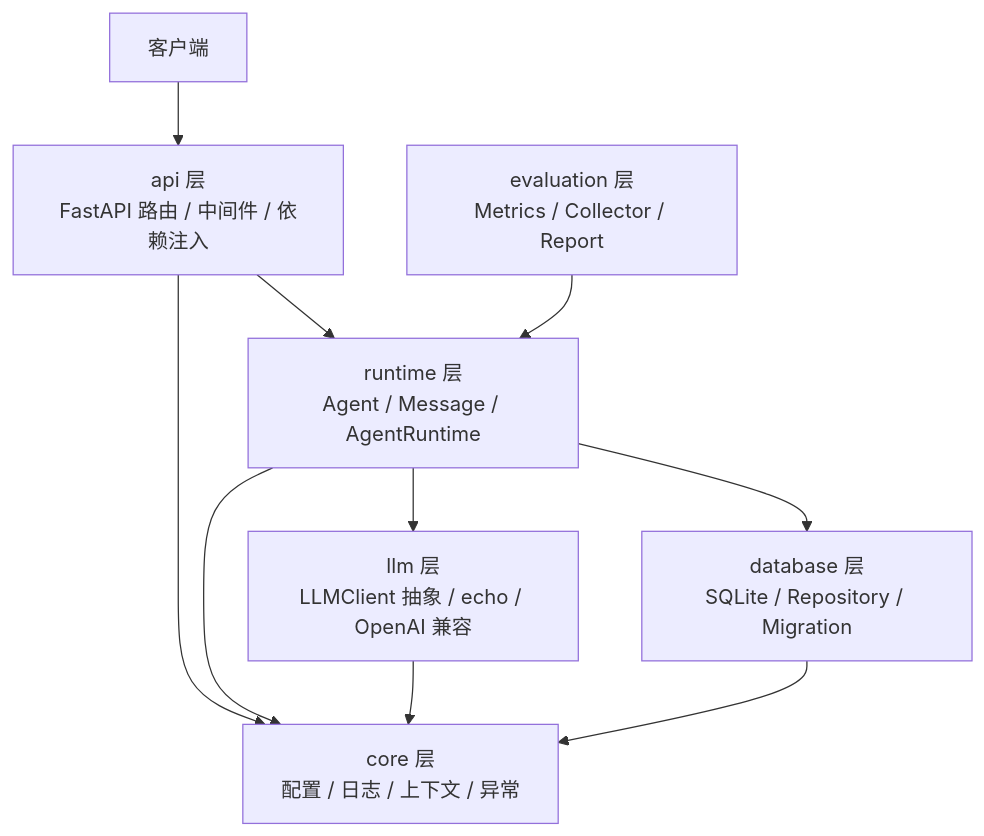
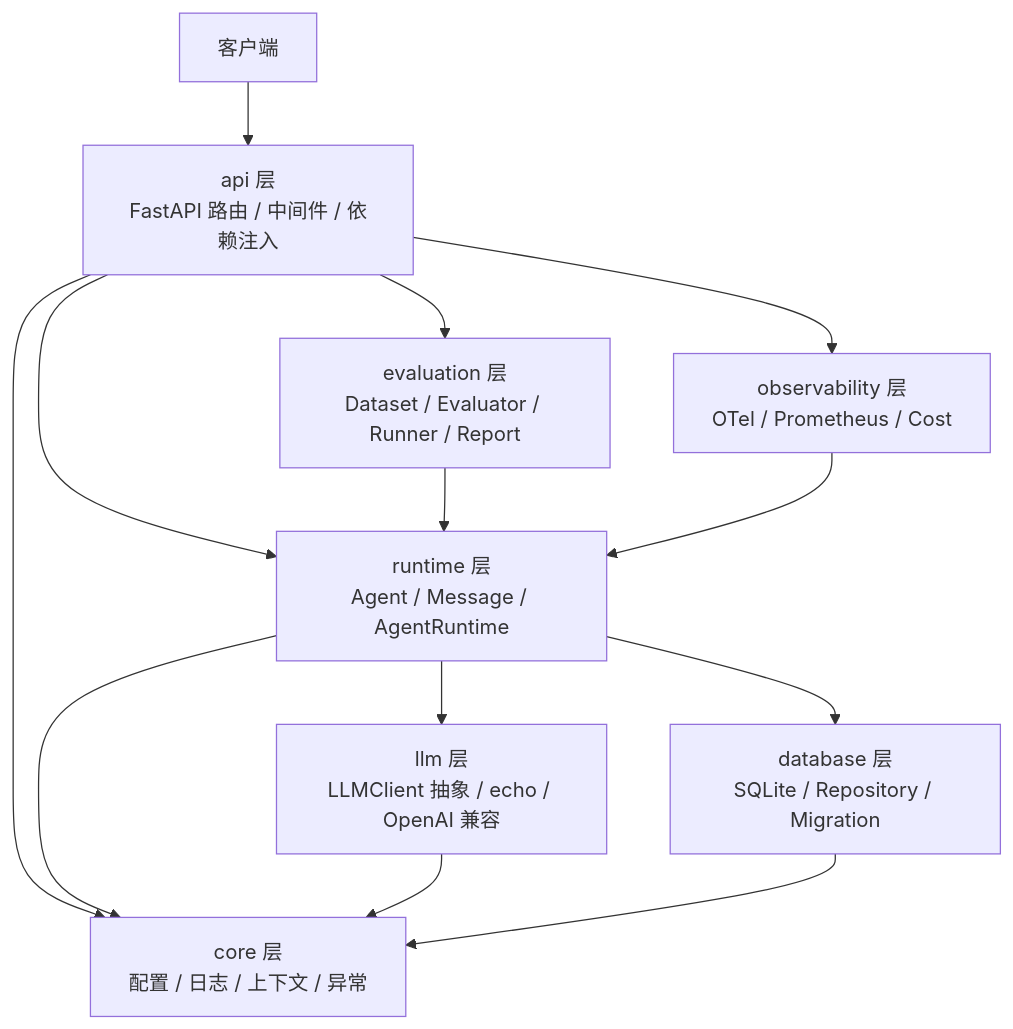
The diagram in README.md (Tanglies/AgentOS), drawn with Mermaid before and after one commit. The commit also changed other lines of this file and 13 other files, not shown here.

````diff
--- a/README.md
+++ b/README.md
@@ -36,12 +36,15 @@
 ```mermaid
 graph TD
     Client[客户端] --> API[api 层<br/>FastAPI 路由 / 中间件 / 依赖注入]
     API --> Runtime[runtime 层<br/>Agent / Message / AgentRuntime]
     Runtime --> LLM[llm 层<br/>LLMClient 抽象 / echo / OpenAI 兼容]
     Runtime --> Database[database 层<br/>SQLite / Repository / Migration]
-    Evaluation[evaluation 层<br/>Metrics / Collector / Report] --> Runtime
+    Evaluation[evaluation 层<br/>Dataset / Evaluator / Runner / Report] --> Runtime
+    Observability[observability 层<br/>OTel / Prometheus / Cost] --> Runtime
+    API --> Evaluation
+    API --> Observability
     API --> Core[core 层<br/>配置 / 日志 / 上下文 / 异常]
     Runtime --> Core
     LLM --> Core
     Database --> Core
 ```
````
